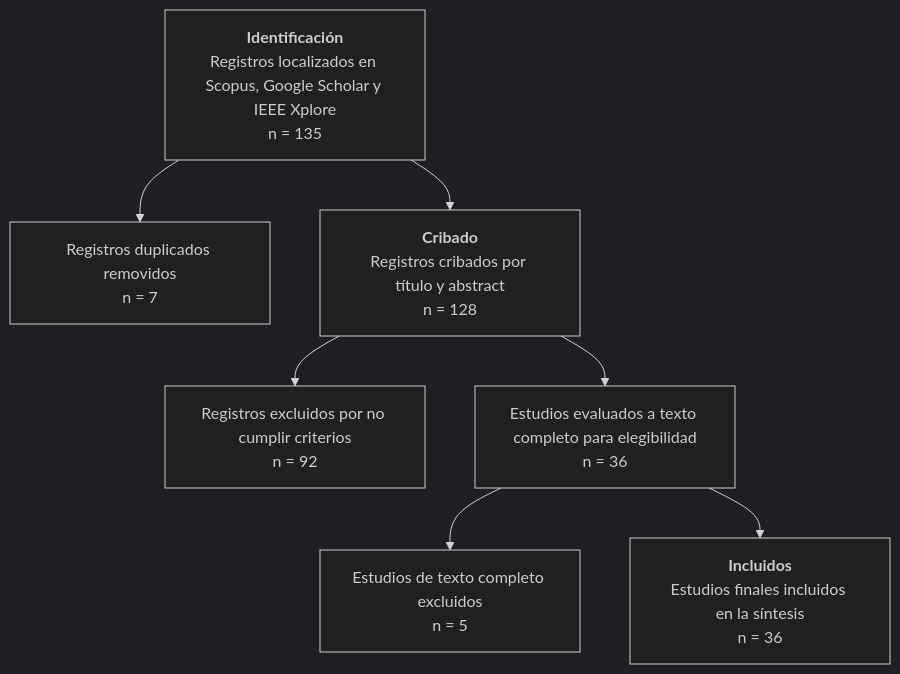
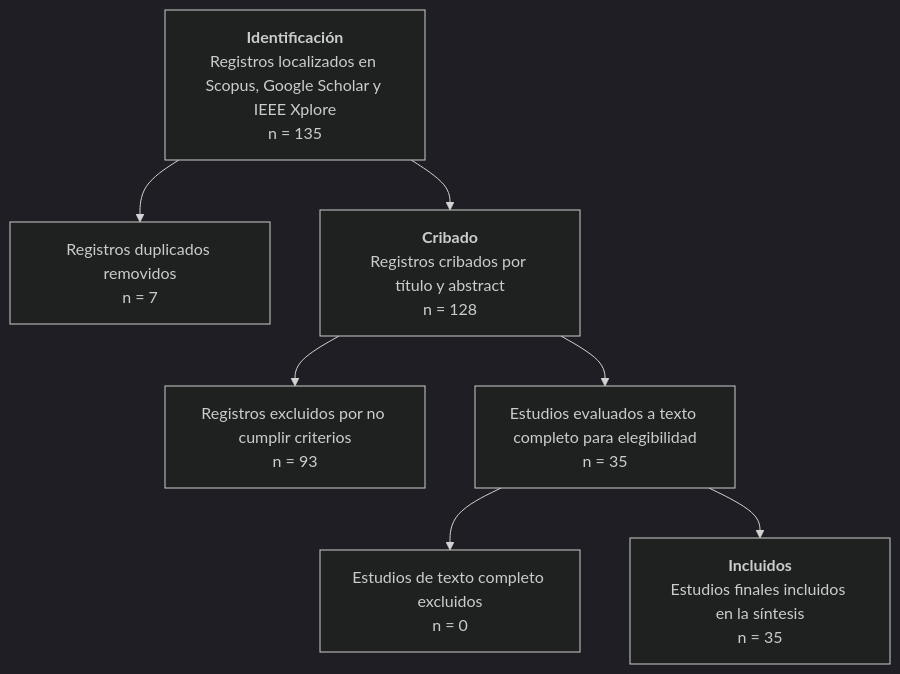
The diagram in 04-Borrador.md (JkVely/SLR-Green-Software-Colombia), drawn with Mermaid (dark theme) before and after one commit. The commit also changed other lines of this file and 3 other files, not shown here.

````diff
--- a/04-Borrador.md
+++ b/04-Borrador.md
@@ -109,9 +109,9 @@
 ```mermaid
 graph TD
     A[<b>Identificación</b><br/>Registros localizados en Scopus, Google Scholar y IEEE Xplore<br/>n = 135] --> B[Registros duplicados removidos<br/>n = 7]
     A --> C[<b>Cribado</b><br/>Registros cribados por título y abstract<br/>n = 128]
-    C --> D[Registros excluidos por no cumplir criterios<br/>n = 92]
-    C --> E[Estudios evaluados a texto completo para elegibilidad<br/>n = 36]
-    E --> F[Estudios de texto completo excluidos<br/>n = 5]
-    E --> G[<b>Incluidos</b><br/>Estudios finales incluidos en la síntesis<br/>n = 36]
+    C --> D[Registros excluidos por no cumplir criterios<br/>n = 93]
+    C --> E[Estudios evaluados a texto completo para elegibilidad<br/>n = 35]
+    E --> F[Estudios de texto completo excluidos<br/>n = 0]
+    E --> G[<b>Incluidos</b><br/>Estudios finales incluidos en la síntesis<br/>n = 35]
 ```
````
